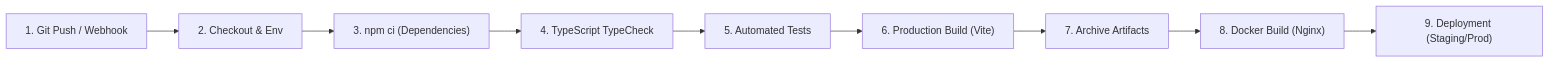
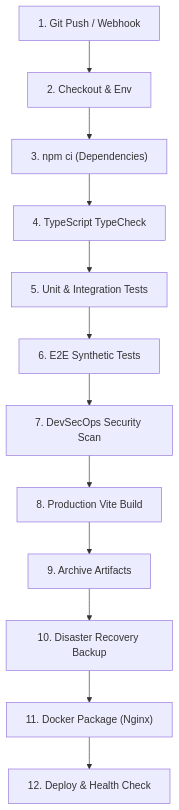
One commit to o-obahaa/bastiyah changed the diagram in JENKINS.md. Above: the diagram before and after it, drawn with Mermaid. The commit also changed other lines of this file and 19 other files, not shown here.

Commit message:
feat(devops): implement complete enterprise DevOps suite with 6 features (Traefik SSL, Sentry, DevSecOps, E2E testing, Uptime Kuma, and Disaster Recovery)

````diff
--- a/JENKINS.md
+++ b/JENKINS.md
@@ -11,11 +11,14 @@
 ```mermaid
-flowchart LR
+flowchart TD
     A["1. Git Push / Webhook"] --> B["2. Checkout & Env"]
     B --> C["3. npm ci (Dependencies)"]
     C --> D["4. TypeScript TypeCheck"]
-    D --> E["5. Automated Tests"]
-    E --> F["6. Production Build (Vite)"]
-    F --> G["7. Archive Artifacts"]
-    G --> H["8. Docker Build (Nginx)"]
-    H --> I["9. Deployment (Staging/Prod)"]
+    D --> E["5. Unit & Integration Tests"]
+    E --> F["6. E2E Synthetic Tests"]
+    F --> G["7. DevSecOps Security Scan"]
+    G --> H["8. Production Vite Build"]
+    H --> I["9. Archive Artifacts"]
+    I --> J["10. Disaster Recovery Backup"]
+    J --> K["11. Docker Package (Nginx)"]
+    K --> L["12. Deploy & Health Check"]
 ```
````
